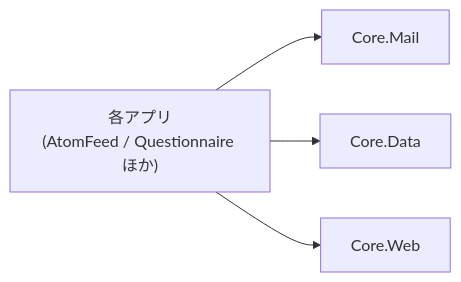
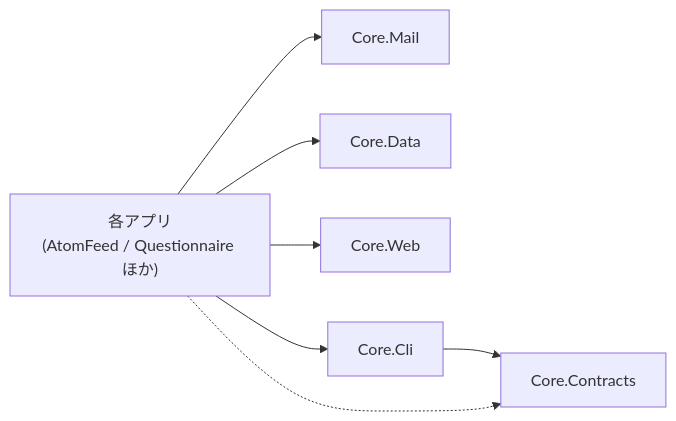
One commit to vehiclevisionjp/VehicleVision.PleasanterTools.Core changed the diagram in _documents/コア化の方針.md. Above: the diagram before and after it, drawn with Mermaid. The commit also changed other lines of this file and 23 other files, not shown here.

First line of the commit message:
Core.Contracts: 共通の名前と値だけを持つパッケージを追加する (#182)

````diff
--- a/_documents/コア化の方針.md
+++ b/_documents/コア化の方針.md
@@ -52,6 +57,9 @@
 ```mermaid
 flowchart LR
     App["各アプリ<br/>(AtomFeed / Questionnaire ほか)"] --> Mail["Core.Mail"]
     App --> Data["Core.Data"]
     App --> Web["Core.Web"]
+    App --> Cli["Core.Cli"]
+    Cli --> Contracts["Core.Contracts"]
+    App -.-> Contracts
 ```
````
